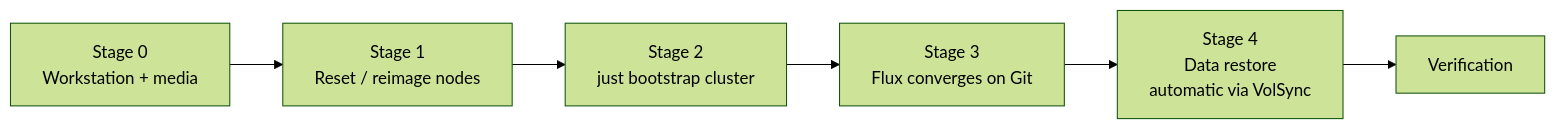
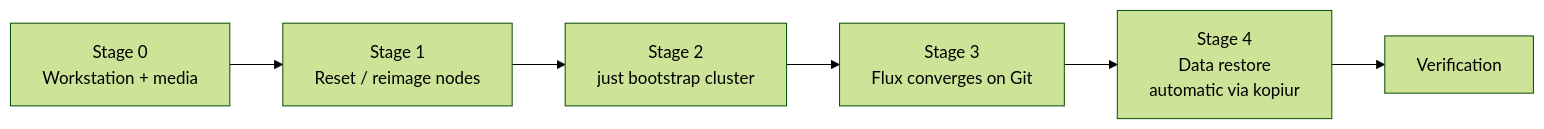
One commit to materia-ops/home-ops changed the diagram in docs/disaster-recovery.md. Above: the diagram before and after it, drawn with Mermaid (forest theme). The commit also changed other lines of this file and 61 other files, not shown here.

First line of the commit message:
feat(volsync)!: decommission VolSync, kopiur owns every backup (#1658)

````diff
--- a/docs/disaster-recovery.md
+++ b/docs/disaster-recovery.md
@@ -9,8 +9,8 @@
 ```mermaid
 flowchart LR
     prep[Stage 0<br/>Workstation + media] --> reset[Stage 1<br/>Reset / reimage nodes]
     reset --> boot["Stage 2<br/>just bootstrap cluster"]
     boot --> flux[Stage 3<br/>Flux converges on Git]
-    flux --> data[Stage 4<br/>Data restore<br/>automatic via VolSync]
+    flux --> data[Stage 4<br/>Data restore<br/>automatic via kopiur]
     data --> verify[Verification]
 ```
````
